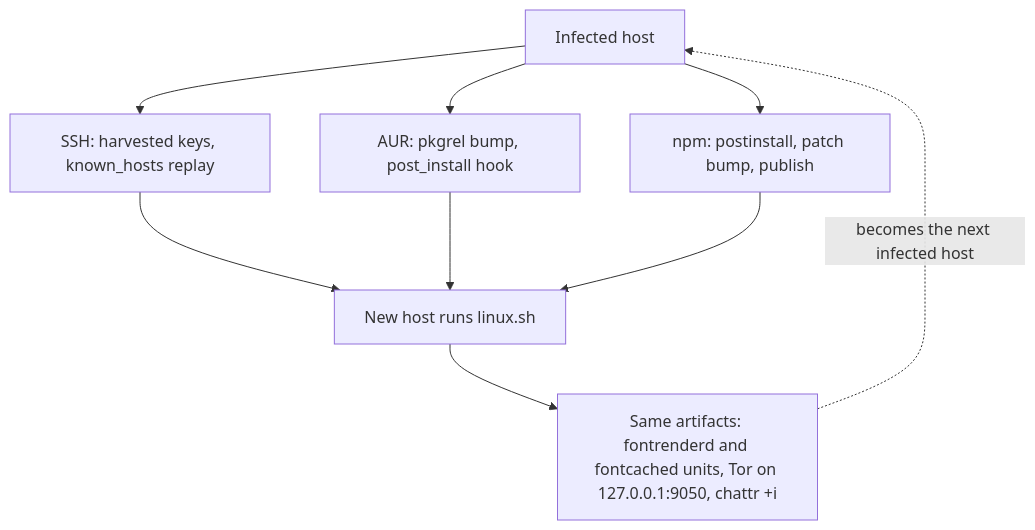
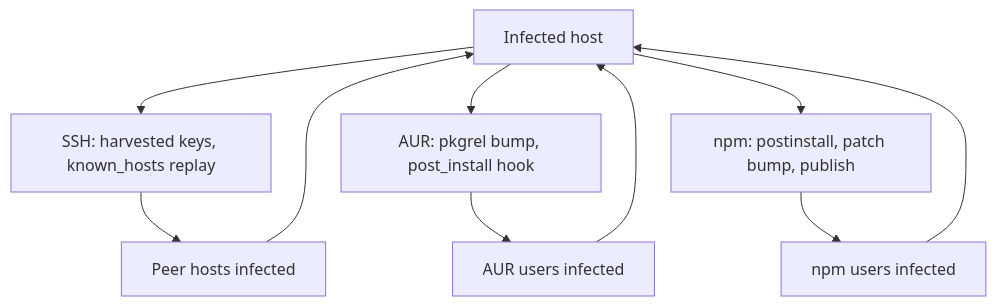
One commit to MindPatch/mindpatch.github.io changed the second of 2 diagrams in src/content/blog/npm-worm-hiding-behind-web-archive.md. Above: the diagram before and after it, drawn with Mermaid. The commit also changed other lines of this file, not shown here.

First line of the commit message:
Rewrite npm worm post with inline evidence from static analysis

````diff
--- a/src/content/blog/npm-worm-hiding-behind-web-archive.md
+++ b/src/content/blog/npm-worm-hiding-behind-web-archive.md
@@ -123,11 +207,12 @@
 ```mermaid
 flowchart TD
     I[Infected host] --> S["SSH: harvested keys, known_hosts replay"]
     I --> A["AUR: pkgrel bump, post_install hook"]
     I --> N["npm: postinstall, patch bump, publish"]
-    S --> V["New host runs linux.sh"]
-    A --> V
-    N --> V
-    V --> F["Same artifacts: fontrenderd and fontcached units, Tor on 127.0.0.1:9050, chattr +i"]
-    F -.->|"becomes the next infected host"| I
+    S --> H1["Peer hosts infected"]
+    A --> H2["AUR users infected"]
+    N --> H3["npm users infected"]
+    H1 --> I
+    H2 --> I
+    H3 --> I
 ```
````
